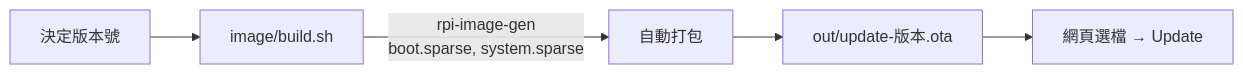
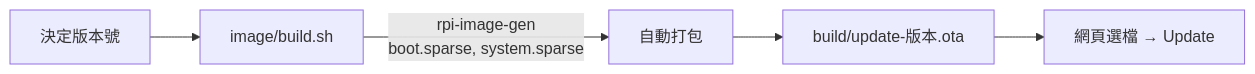
Before and after one commit to minexo79/rpiota: the diagram in docs/build-update-bundle.md, drawn with Mermaid. The commit also changed other lines of this file and 29 other files, not shown here.

````diff
--- a/docs/build-update-bundle.md
+++ b/docs/build-update-bundle.md
@@ -5,7 +5,7 @@
 ```mermaid
 flowchart LR
     V["決定版本號"] --> B["image/build.sh"]
     B -->|"rpi-image-gen<br/>boot.sparse, system.sparse"| P["自動打包"]
-    P --> R["out/update-版本.ota"]
+    P --> R["build/update-版本.ota"]
     R --> U["網頁選檔 → Update"]
 ```
````
